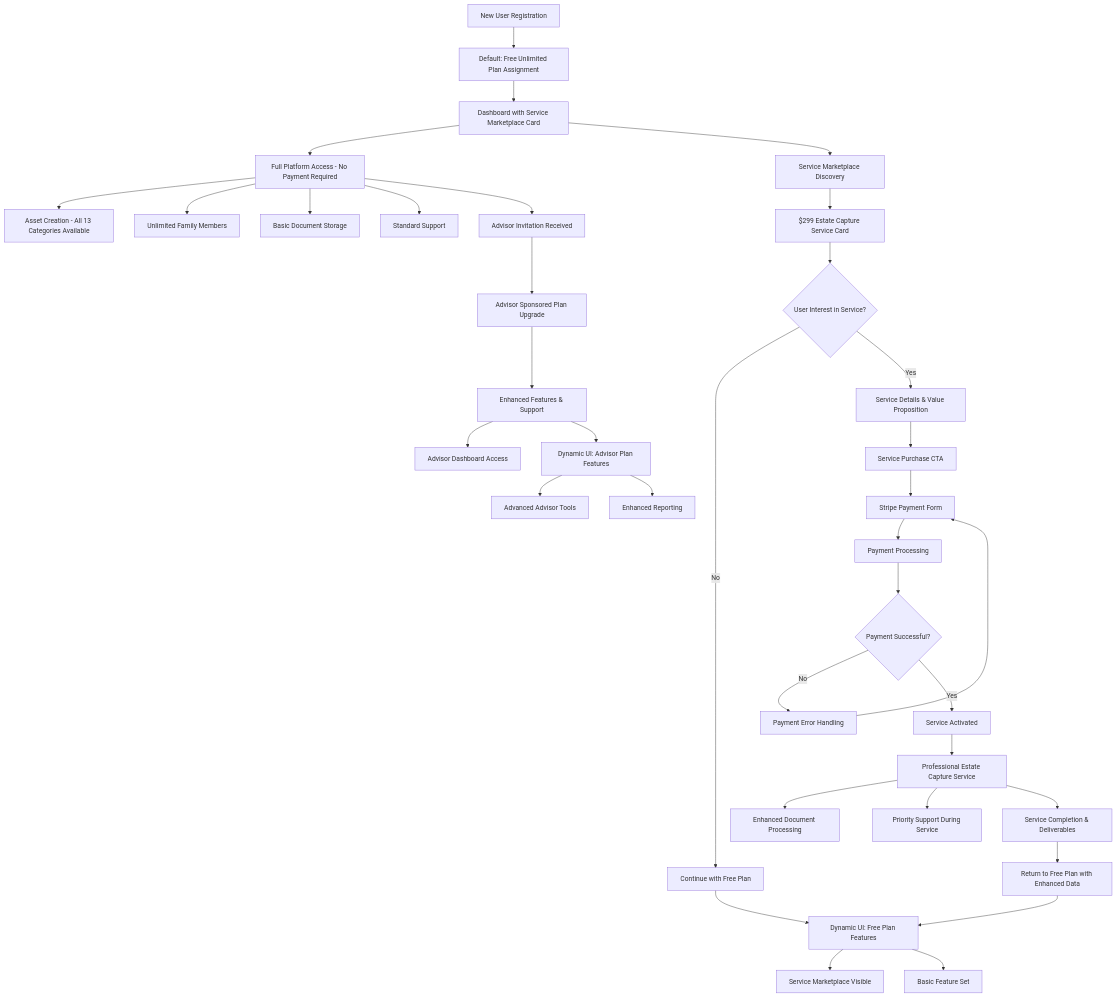
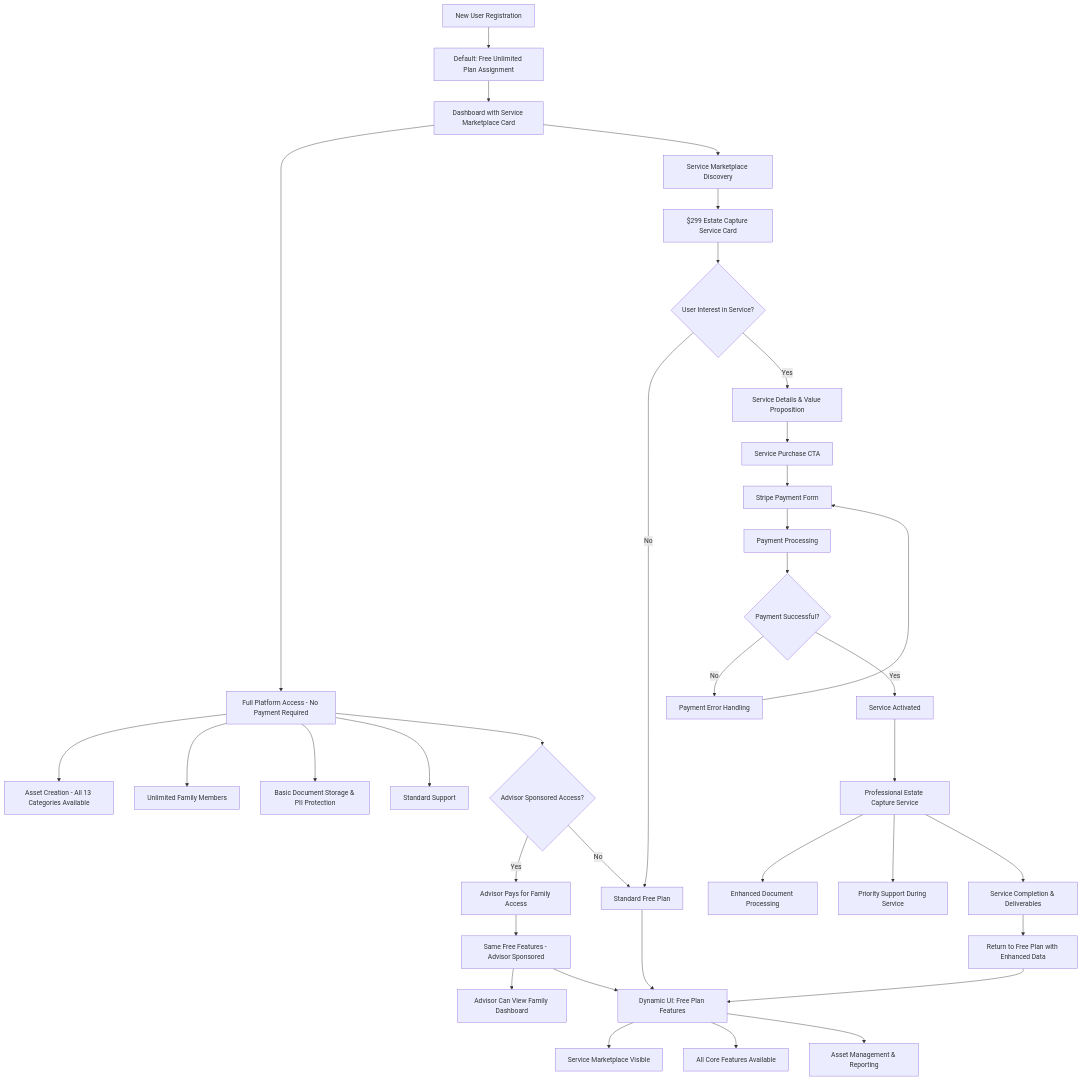
Before and after one commit to thseitz/FWD-INH: the sixth of 7 diagrams in docs/front-end-spec.md, drawn with Mermaid. The commit also changed other lines of this file and 3 other files, not shown here.

````diff
--- a/docs/front-end-spec.md
+++ b/docs/front-end-spec.md
@@ -515,51 +617,51 @@
 ```mermaid
 graph TD
     A[New User Registration] --> B[Default: Free Unlimited Plan Assignment]
     B --> C[Dashboard with Service Marketplace Card]
     C --> D[Full Platform Access - No Payment Required]
     
     %% Free Plan Experience
     D --> E[Asset Creation - All 13 Categories Available]
     D --> F[Unlimited Family Members]
-    D --> G[Basic Document Storage]
+    D --> G[Basic Document Storage & PII Protection]
     D --> H[Standard Support]
     
     %% Service Discovery Path
     C --> I[Service Marketplace Discovery]
     I --> J[$299 Estate Capture Service Card]
     J --> K{User Interest in Service?}
     K -->|No| L[Continue with Free Plan]
     K -->|Yes| M[Service Details & Value Proposition]
     
     %% Service Purchase Flow
     M --> N[Service Purchase CTA]
     N --> O[Stripe Payment Form]
     O --> P[Payment Processing]
     P --> Q{Payment Successful?}
     Q -->|No| R[Payment Error Handling]
     R --> O
     Q -->|Yes| S[Service Activated]
     
     %% Service Delivery Experience
     S --> T[Professional Estate Capture Service]
     T --> U[Enhanced Document Processing]
     T --> V[Priority Support During Service]
     T --> W[Service Completion & Deliverables]
     W --> X[Return to Free Plan with Enhanced Data]
     
-    %% Advisor Sponsored Plan Path
-    D --> Y[Advisor Invitation Received]
-    Y --> Z[Advisor Sponsored Plan Upgrade]
-    Z --> AA[Enhanced Features & Support]
-    AA --> BB[Advisor Dashboard Access]
+    %% Advisor Sponsored Access (Simplified)
+    D --> Y{Advisor Sponsored Access?}
+    Y -->|Yes| Z[Advisor Pays for Family Access]
+    Y -->|No| L[Standard Free Plan]
+    Z --> AA[Same Free Features - Advisor Sponsored]
+    AA --> BB[Advisor Can View Family Dashboard]
     
-    %% Dynamic UI Adaptation
+    %% All Paths Lead to Standard Free Experience
     L --> CC[Dynamic UI: Free Plan Features]
     X --> CC
-    AA --> DD[Dynamic UI: Advisor Plan Features]
+    AA --> CC
     
-    CC --> EE[Service Marketplace Visible]
-    CC --> FF[Basic Feature Set]
-    DD --> GG[Advanced Advisor Tools]
-    DD --> HH[Enhanced Reporting]
+    CC --> DD[Service Marketplace Visible]
+    CC --> EE[All Core Features Available]
+    CC --> FF[Asset Management & Reporting]
 ```
````
